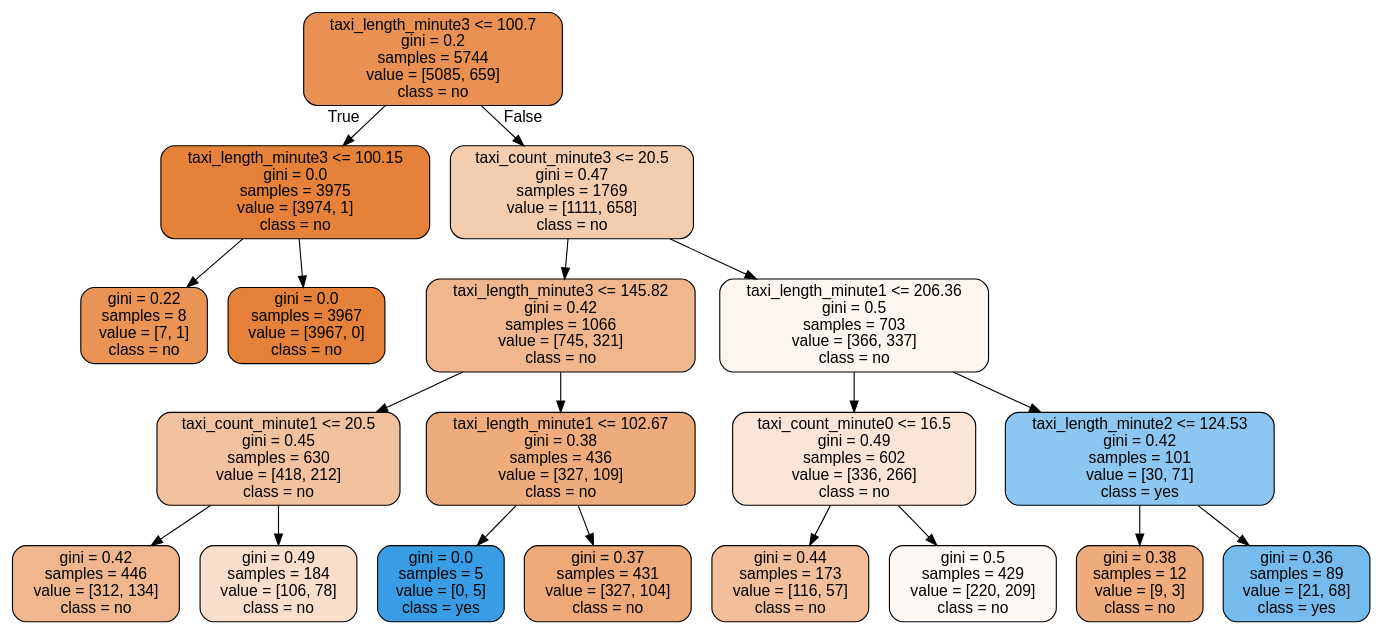
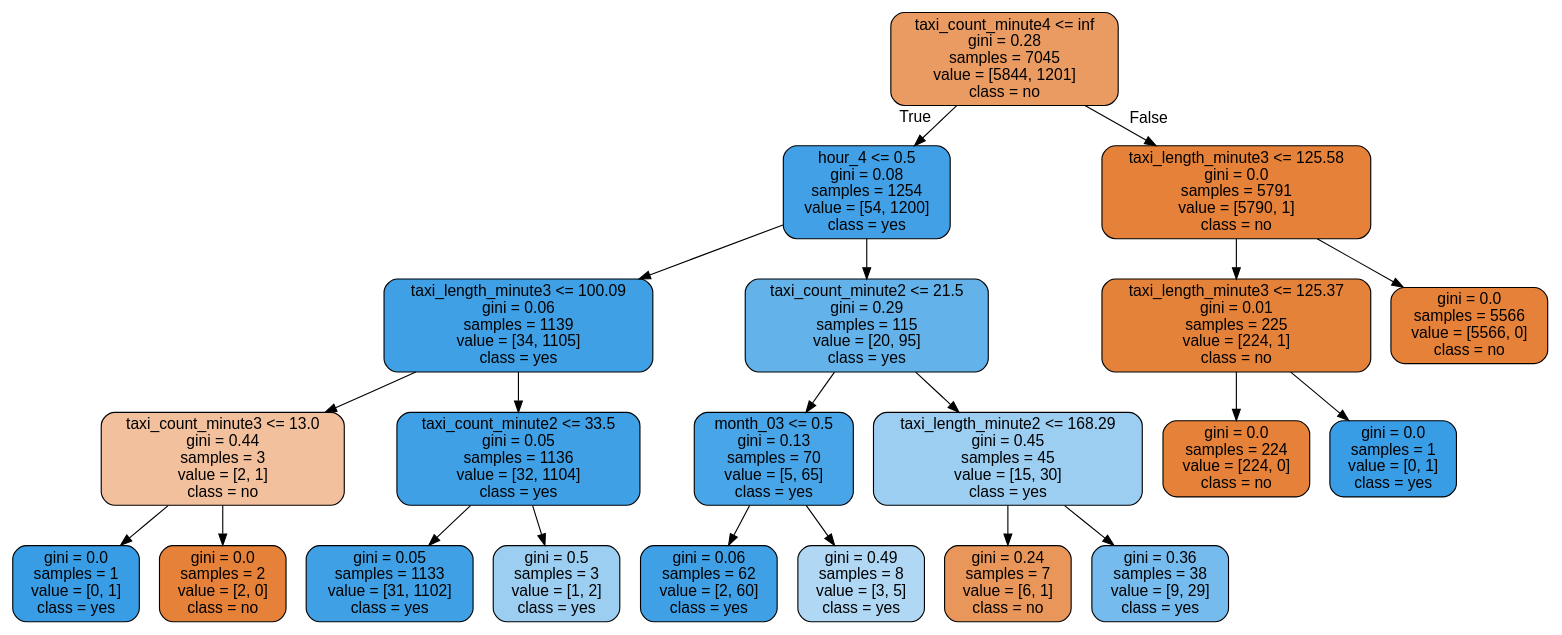
The diagram in t3_should_go.dot (DungDinhDungDinh/capstone_project), drawn with Graphviz before and after one commit. The commit also changed 550 other files, not shown here.

```diff
--- a/t3_should_go.dot
+++ b/t3_should_go.dot
@@ -1,41 +1,45 @@
 digraph Tree {
 node [shape=box, style="filled, rounded", color="black", fontname="helvetica"] ;
 edge [fontname="helvetica"] ;
-0 [label="taxi_length_minute3 <= 100.7\ngini = 0.2\nsamples = 5744\nvalue = [5085, 659]\nclass = no", fillcolor="#e89153"] ;
-1 [label="taxi_length_minute3 <= 100.15\ngini = 0.0\nsamples = 3975\nvalue = [3974, 1]\nclass = no", fillcolor="#e58139"] ;
+0 [label="taxi_count_minute4 <= inf\ngini = 0.28\nsamples = 7045\nvalue = [5844, 1201]\nclass = no", fillcolor="#ea9b62"] ;
+1 [label="hour_4 <= 0.5\ngini = 0.08\nsamples = 1254\nvalue = [54, 1200]\nclass = yes", fillcolor="#42a1e6"] ;
 0 -> 1 [labeldistance=2.5, labelangle=45, headlabel="True"] ;
-2 [label="gini = 0.22\nsamples = 8\nvalue = [7, 1]\nclass = no", fillcolor="#e99355"] ;
+2 [label="taxi_length_minute3 <= 100.09\ngini = 0.06\nsamples = 1139\nvalue = [34, 1105]\nclass = yes", fillcolor="#3fa0e6"] ;
 1 -> 2 ;
-3 [label="gini = 0.0\nsamples = 3967\nvalue = [3967, 0]\nclass = no", fillcolor="#e58139"] ;
-1 -> 3 ;
-4 [label="taxi_count_minute3 <= 20.5\ngini = 0.47\nsamples = 1769\nvalue = [1111, 658]\nclass = no", fillcolor="#f4ccae"] ;
-0 -> 4 [labeldistance=2.5, labelangle=-45, headlabel="False"] ;
-5 [label="taxi_length_minute3 <= 145.82\ngini = 0.42\nsamples = 1066\nvalue = [745, 321]\nclass = no", fillcolor="#f0b78e"] ;
-4 -> 5 ;
-6 [label="taxi_count_minute1 <= 20.5\ngini = 0.45\nsamples = 630\nvalue = [418, 212]\nclass = no", fillcolor="#f2c19d"] ;
-5 -> 6 ;
-7 [label="gini = 0.42\nsamples = 446\nvalue = [312, 134]\nclass = no", fillcolor="#f0b78e"] ;
+3 [label="taxi_count_minute3 <= 13.0\ngini = 0.44\nsamples = 3\nvalue = [2, 1]\nclass = no", fillcolor="#f2c09c"] ;
+2 -> 3 ;
+4 [label="gini = 0.0\nsamples = 1\nvalue = [0, 1]\nclass = yes", fillcolor="#399de5"] ;
+3 -> 4 ;
+5 [label="gini = 0.0\nsamples = 2\nvalue = [2, 0]\nclass = no", fillcolor="#e58139"] ;
+3 -> 5 ;
+6 [label="taxi_count_minute2 <= 33.5\ngini = 0.05\nsamples = 1136\nvalue = [32, 1104]\nclass = yes", fillcolor="#3fa0e6"] ;
+2 -> 6 ;
+7 [label="gini = 0.05\nsamples = 1133\nvalue = [31, 1102]\nclass = yes", fillcolor="#3fa0e6"] ;
 6 -> 7 ;
-8 [label="gini = 0.49\nsamples = 184\nvalue = [106, 78]\nclass = no", fillcolor="#f8decb"] ;
+8 [label="gini = 0.5\nsamples = 3\nvalue = [1, 2]\nclass = yes", fillcolor="#9ccef2"] ;
 6 -> 8 ;
-9 [label="taxi_length_minute1 <= 102.67\ngini = 0.38\nsamples = 436\nvalue = [327, 109]\nclass = no", fillcolor="#eeab7b"] ;
-5 -> 9 ;
-10 [label="gini = 0.0\nsamples = 5\nvalue = [0, 5]\nclass = yes", fillcolor="#399de5"] ;
+9 [label="taxi_count_minute2 <= 21.5\ngini = 0.29\nsamples = 115\nvalue = [20, 95]\nclass = yes", fillcolor="#63b2ea"] ;
+1 -> 9 ;
+10 [label="month_03 <= 0.5\ngini = 0.13\nsamples = 70\nvalue = [5, 65]\nclass = yes", fillcolor="#48a5e7"] ;
 9 -> 10 ;
-11 [label="gini = 0.37\nsamples = 431\nvalue = [327, 104]\nclass = no", fillcolor="#eda978"] ;
-9 -> 11 ;
-12 [label="taxi_length_minute1 <= 206.36\ngini = 0.5\nsamples = 703\nvalue = [366, 337]\nclass = no", fillcolor="#fdf5ef"] ;
-4 -> 12 ;
-13 [label="taxi_count_minute0 <= 16.5\ngini = 0.49\nsamples = 602\nvalue = [336, 266]\nclass = no", fillcolor="#fae5d6"] ;
-12 -> 13 ;
-14 [label="gini = 0.44\nsamples = 173\nvalue = [116, 57]\nclass = no", fillcolor="#f2bf9a"] ;
+11 [label="gini = 0.06\nsamples = 62\nvalue = [2, 60]\nclass = yes", fillcolor="#40a0e6"] ;
+10 -> 11 ;
+12 [label="gini = 0.49\nsamples = 8\nvalue = [3, 5]\nclass = yes", fillcolor="#b0d8f5"] ;
+10 -> 12 ;
+13 [label="taxi_length_minute2 <= 168.29\ngini = 0.45\nsamples = 45\nvalue = [15, 30]\nclass = yes", fillcolor="#9ccef2"] ;
+9 -> 13 ;
+14 [label="gini = 0.24\nsamples = 7\nvalue = [6, 1]\nclass = no", fillcolor="#e9965a"] ;
 13 -> 14 ;
-15 [label="gini = 0.5\nsamples = 429\nvalue = [220, 209]\nclass = no", fillcolor="#fef9f5"] ;
+15 [label="gini = 0.36\nsamples = 38\nvalue = [9, 29]\nclass = yes", fillcolor="#76bbed"] ;
 13 -> 15 ;
-16 [label="taxi_length_minute2 <= 124.53\ngini = 0.42\nsamples = 101\nvalue = [30, 71]\nclass = yes", fillcolor="#8dc6f0"] ;
-12 -> 16 ;
-17 [label="gini = 0.38\nsamples = 12\nvalue = [9, 3]\nclass = no", fillcolor="#eeab7b"] ;
+16 [label="taxi_length_minute3 <= 125.58\ngini = 0.0\nsamples = 5791\nvalue = [5790, 1]\nclass = no", fillcolor="#e58139"] ;
+0 -> 16 [labeldistance=2.5, labelangle=-45, headlabel="False"] ;
+17 [label="taxi_length_minute3 <= 125.37\ngini = 0.01\nsamples = 225\nvalue = [224, 1]\nclass = no", fillcolor="#e5823a"] ;
 16 -> 17 ;
-18 [label="gini = 0.36\nsamples = 89\nvalue = [21, 68]\nclass = yes", fillcolor="#76bbed"] ;
-16 -> 18 ;
+18 [label="gini = 0.0\nsamples = 224\nvalue = [224, 0]\nclass = no", fillcolor="#e58139"] ;
+17 -> 18 ;
+19 [label="gini = 0.0\nsamples = 1\nvalue = [0, 1]\nclass = yes", fillcolor="#399de5"] ;
+17 -> 19 ;
+20 [label="gini = 0.0\nsamples = 5566\nvalue = [5566, 0]\nclass = no", fillcolor="#e58139"] ;
+16 -> 20 ;
 }
```
